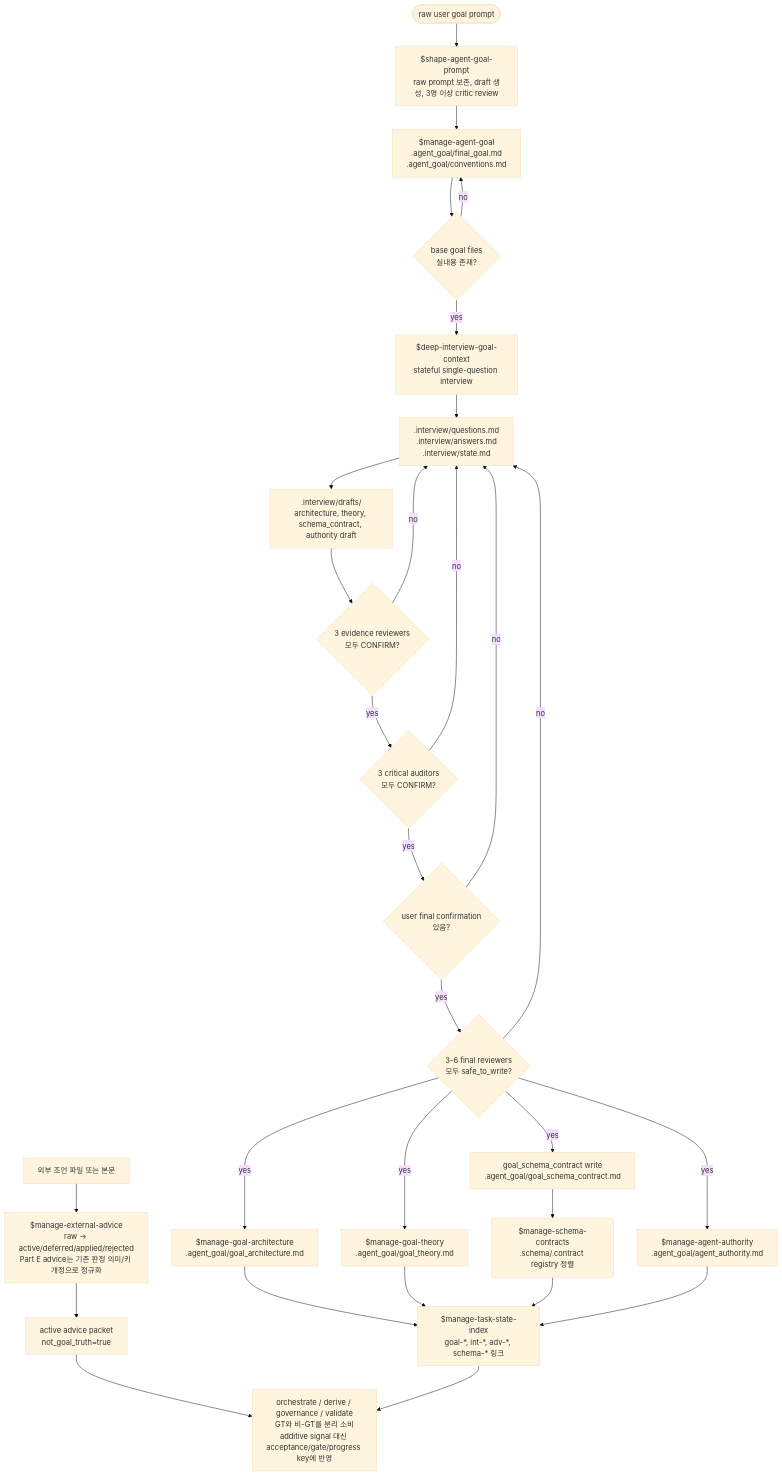
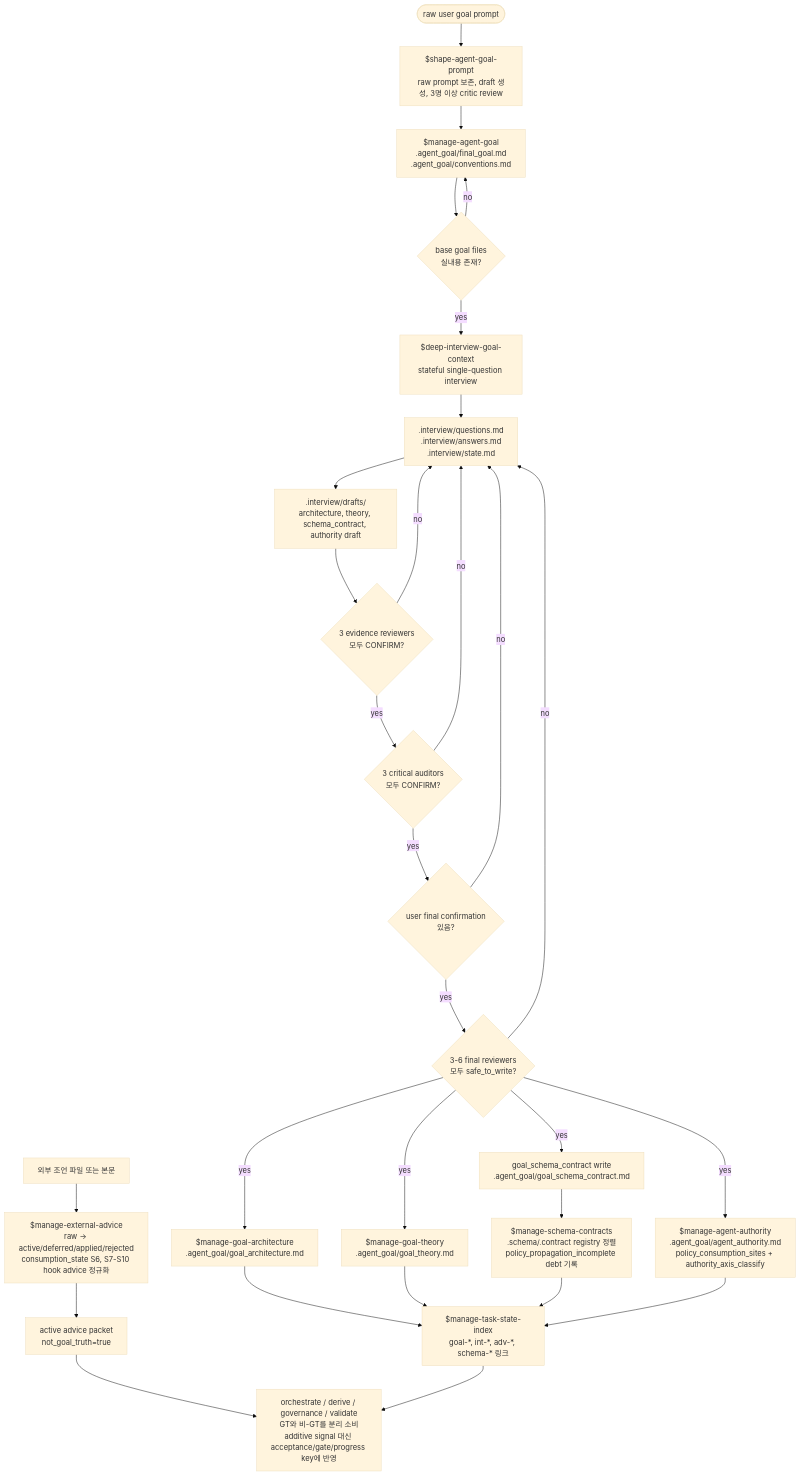
Before and after one commit to sw1029/workflow_swfool: the second of 7 diagrams in README.md, drawn with Mermaid (base theme). The commit also changed other lines of this file and 11 other files, not shown here.

First line of the commit message:
Update workflow skill flowcharts

````diff
--- a/README.md
+++ b/README.md
@@ -76,42 +79,42 @@
 ```mermaid
 flowchart TD
   RawPrompt([raw user goal prompt])
   Shape["$shape-agent-goal-prompt<br/>raw prompt 보존, draft 생성, 3명 이상 critic review"]
   Goal["$manage-agent-goal<br/>.agent_goal/final_goal.md<br/>.agent_goal/conventions.md"]
   DeepGate{"base goal files<br/>실내용 존재?"}
   Deep["$deep-interview-goal-context<br/>stateful single-question interview"]
   Questions[".interview/questions.md<br/>.interview/answers.md<br/>.interview/state.md"]
   Drafts[".interview/drafts/<br/>architecture, theory, schema_contract, authority draft"]
   EvidenceReview{"3 evidence reviewers<br/>모두 CONFIRM?"}
   AuditReview{"3 critical auditors<br/>모두 CONFIRM?"}
   UserConfirm{"user final confirmation<br/>있음?"}
   FinalReview{"3-6 final reviewers<br/>모두 safe_to_write?"}
   Architecture["$manage-goal-architecture<br/>.agent_goal/goal_architecture.md"]
   Theory["$manage-goal-theory<br/>.agent_goal/goal_theory.md"]
   SchemaGoal["goal_schema_contract write<br/>.agent_goal/goal_schema_contract.md"]
-  Authority["$manage-agent-authority<br/>.agent_goal/agent_authority.md"]
-  SchemaRegistry["$manage-schema-contracts<br/>.schema/.contract registry 정렬"]
+  Authority["$manage-agent-authority<br/>.agent_goal/agent_authority.md<br/>policy_consumption_sites + authority_axis_classify"]
+  SchemaRegistry["$manage-schema-contracts<br/>.schema/.contract registry 정렬<br/>policy_propagation_incomplete debt 기록"]
   AdviceIn["외부 조언 파일 또는 본문"]
-  Advice["$manage-external-advice<br/>raw -> active/deferred/applied/rejected<br/>Part E advice는 기존 판정 의미/키 개정으로 정규화"]
+  Advice["$manage-external-advice<br/>raw -> active/deferred/applied/rejected<br/>consumption_state S6, S7-S10 hook advice 정규화"]
   AdvicePacket["active advice packet<br/>not_goal_truth=true"]
   Index["$manage-task-state-index<br/>goal-*, int-*, adv-*, schema-* 링크"]
   Consumers["orchestrate / derive / governance / validate<br/>GT와 비-GT를 분리 소비<br/>additive signal 대신 acceptance/gate/progress key에 반영"]
 
   RawPrompt --> Shape --> Goal
   Goal --> DeepGate
   DeepGate -- no --> Goal
   DeepGate -- yes --> Deep --> Questions --> Drafts --> EvidenceReview
   EvidenceReview -- no --> Questions
   EvidenceReview -- yes --> AuditReview
   AuditReview -- no --> Questions
   AuditReview -- yes --> UserConfirm
   UserConfirm -- no --> Questions
   UserConfirm -- yes --> FinalReview
   FinalReview -- no --> Questions
   FinalReview -- yes --> Architecture --> Index
   FinalReview -- yes --> Theory --> Index
   FinalReview -- yes --> SchemaGoal --> SchemaRegistry --> Index
   FinalReview -- yes --> Authority --> Index
   AdviceIn --> Advice --> AdvicePacket --> Consumers
   Index --> Consumers
 ```
````
